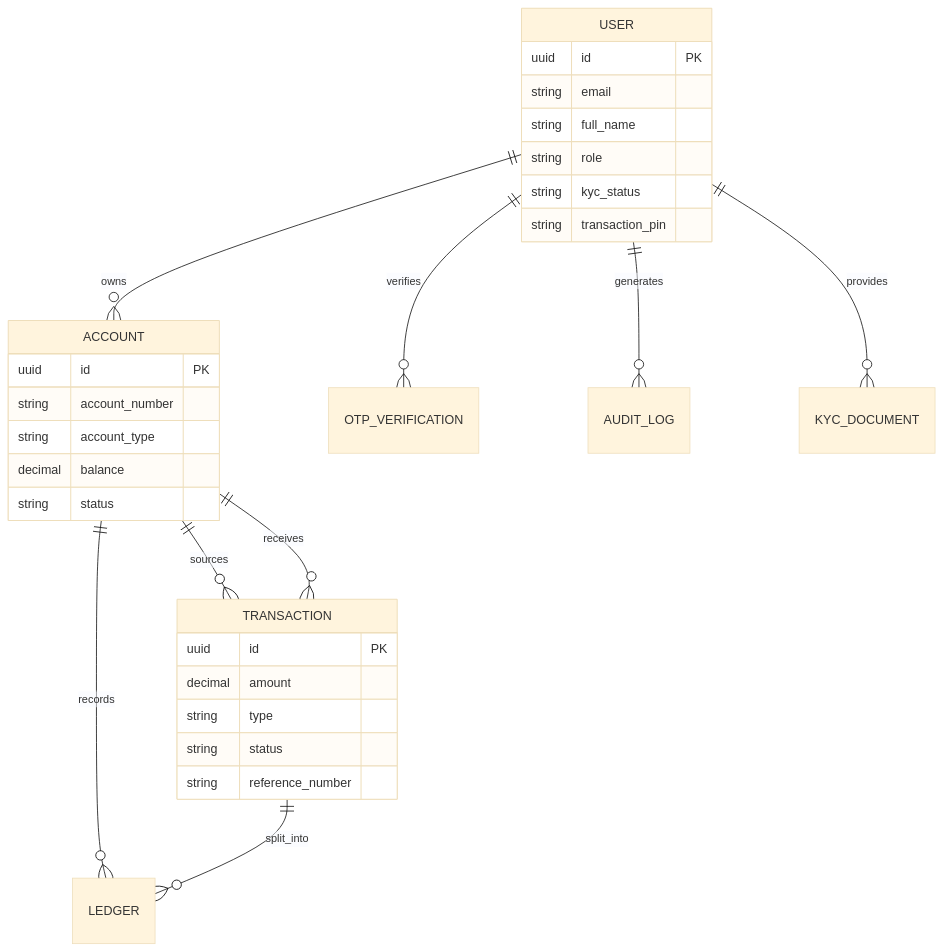
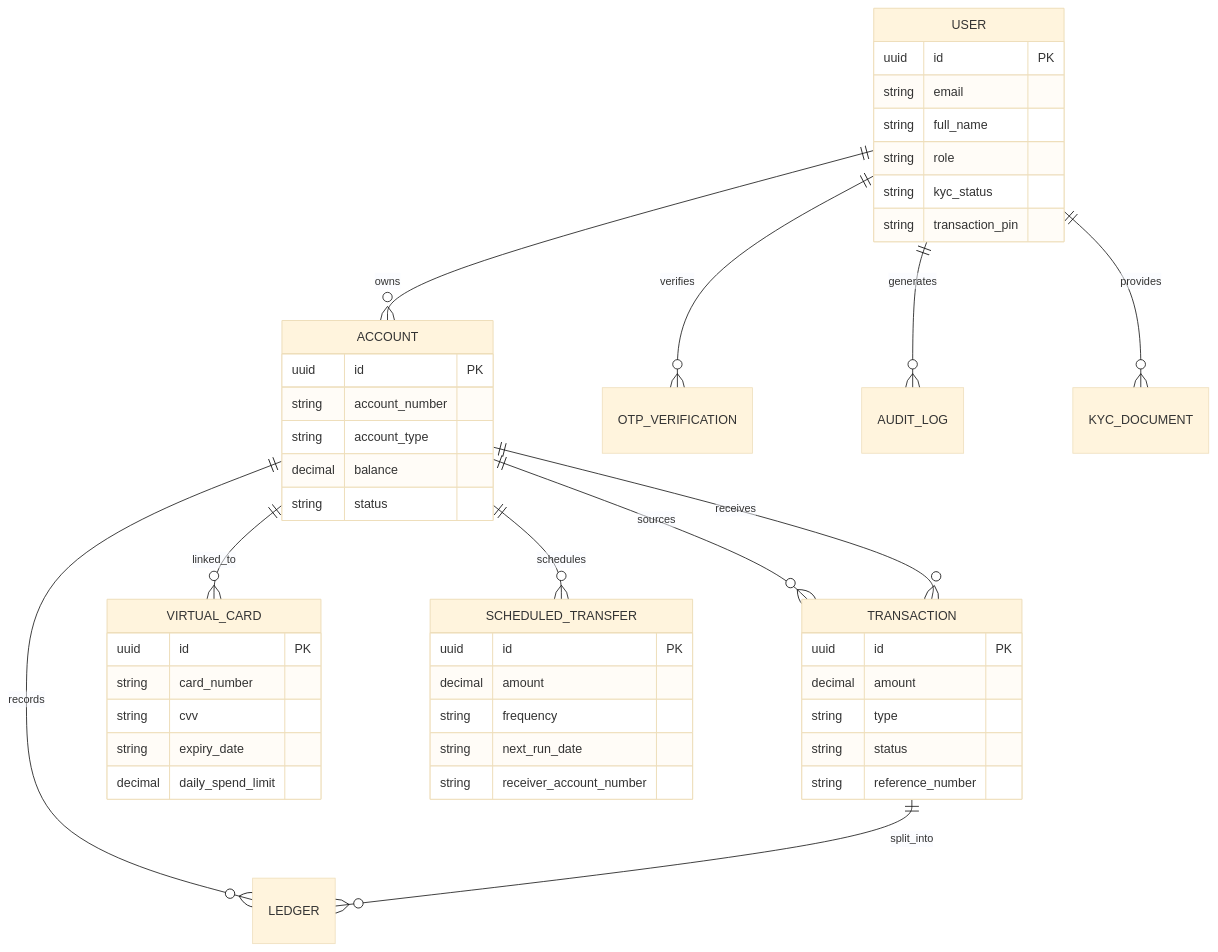
One commit to Sivanarulanbu/CapitalSphere changed the second of 3 diagrams in README.md. Above: the diagram before and after it, drawn with Mermaid (base theme). The commit also changed other lines of this file and 5 other files, not shown here.

````diff
--- a/README.md
+++ b/README.md
@@ -59,38 +64,56 @@
 ```mermaid
 erDiagram
     USER ||--o{ ACCOUNT : owns
     USER ||--o{ OTP_VERIFICATION : verifies
     USER ||--o{ AUDIT_LOG : generates
     USER ||--o{ KYC_DOCUMENT : provides
     
     ACCOUNT ||--o{ TRANSACTION : sources
     ACCOUNT ||--o{ TRANSACTION : receives
     ACCOUNT ||--o{ LEDGER : records
+    ACCOUNT ||--o{ VIRTUAL_CARD : linked_to
+    ACCOUNT ||--o{ SCHEDULED_TRANSFER : schedules
     
     TRANSACTION ||--o{ LEDGER : split_into
     
     USER {
         uuid id PK
         string email
         string full_name
         string role
         string kyc_status
         string transaction_pin
     }
     
     ACCOUNT {
         uuid id PK
         string account_number
         string account_type
         decimal balance
         string status
     }
     
     TRANSACTION {
         uuid id PK
         decimal amount
         string type
         string status
         string reference_number
     }
+
+    VIRTUAL_CARD {
+        uuid id PK
+        string card_number
+        string cvv
+        string expiry_date
+        decimal daily_spend_limit
+    }
+
+    SCHEDULED_TRANSFER {
+        uuid id PK
+        decimal amount
+        string frequency
+        string next_run_date
+        string receiver_account_number
+    }
 ```
````
